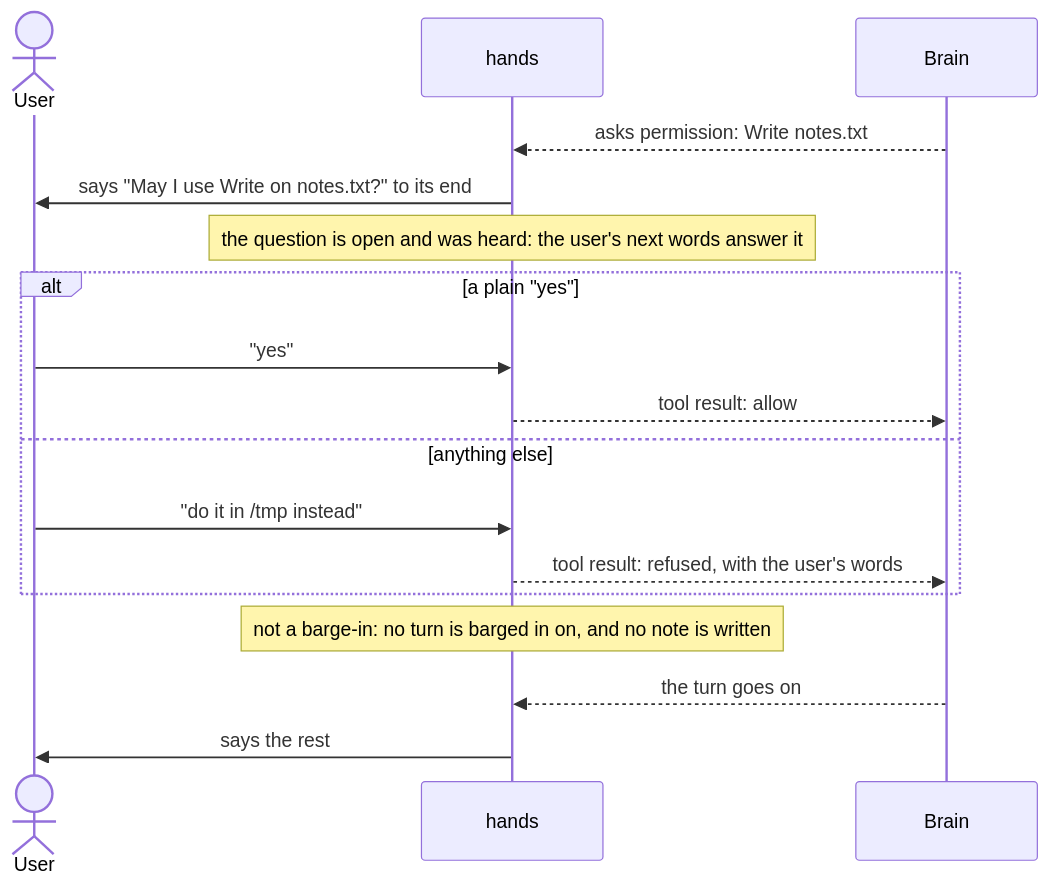
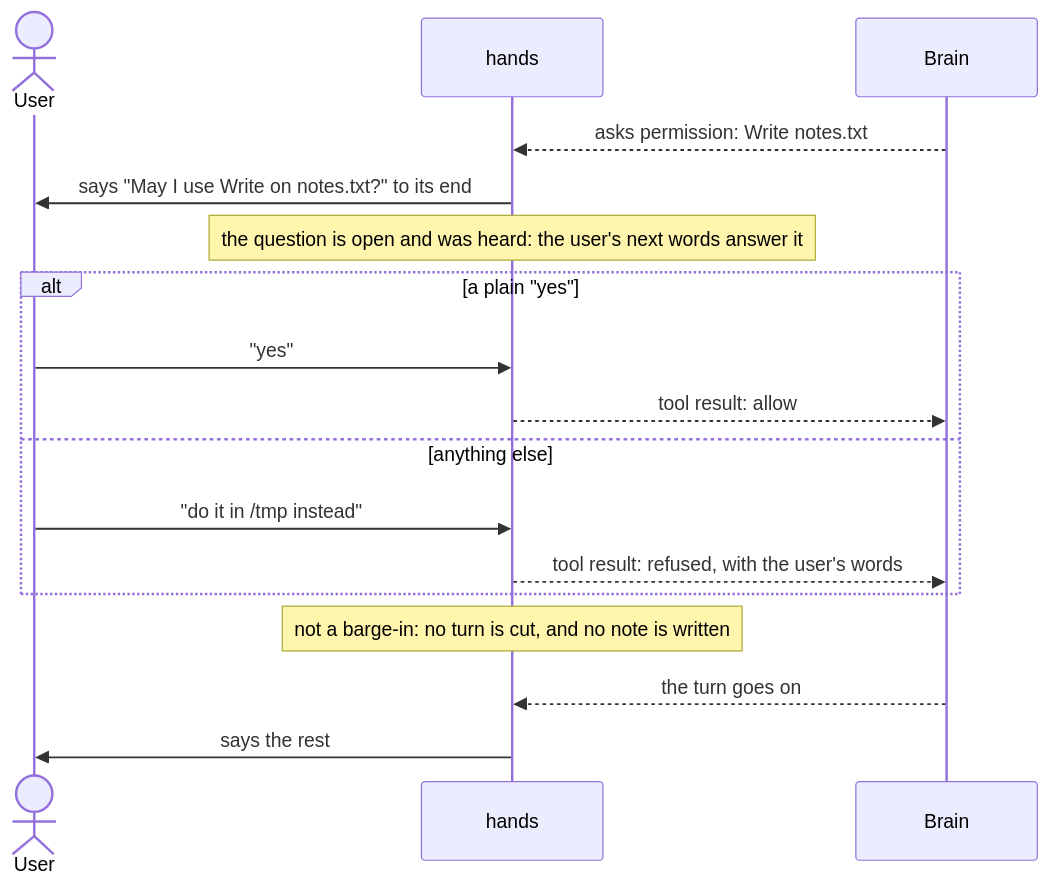
The fifth of 7 diagrams in docs/barge-in.md (promptctl/cc-hands), drawn with Mermaid before and after one commit. The commit also changed other lines of this file and 16 other files, not shown here.

````diff
--- a/docs/barge-in.md
+++ b/docs/barge-in.md
@@ -295,19 +296,19 @@
 ```mermaid
 sequenceDiagram
     actor U as User
     participant H as hands
     participant B as Brain
     B-->>H: asks permission: Write notes.txt
     H->>U: says "May I use Write on notes.txt?" to its end
     Note over H: the question is open and was heard: the user's next words answer it
     alt a plain "yes"
         U->>H: "yes"
         H-->>B: tool result: allow
     else anything else
         U->>H: "do it in /tmp instead"
         H-->>B: tool result: refused, with the user's words
     end
-    Note over H: not a barge-in: no turn is barged in on, and no note is written
+    Note over H: not a barge-in: no turn is cut, and no note is written
     B-->>H: the turn goes on
     H->>U: says the rest
 ```
````
